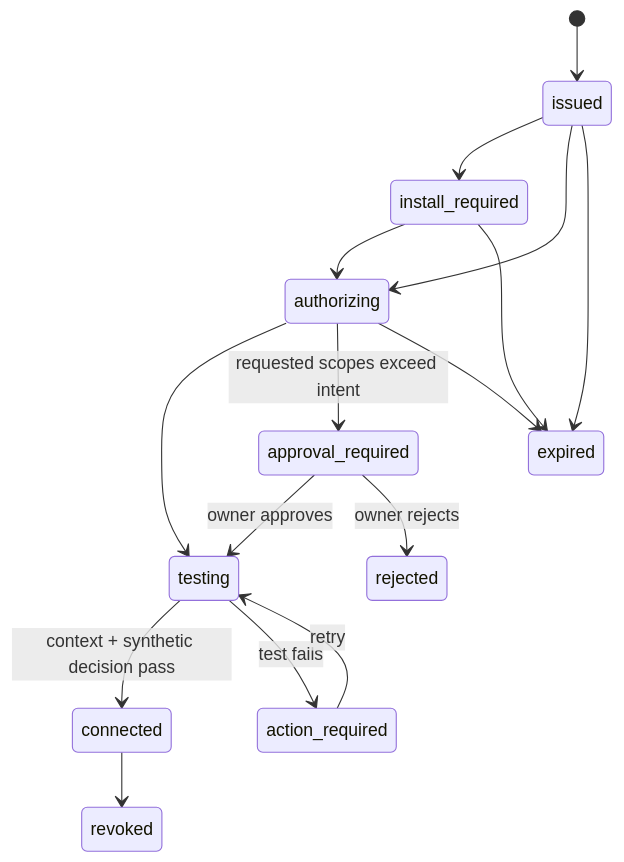
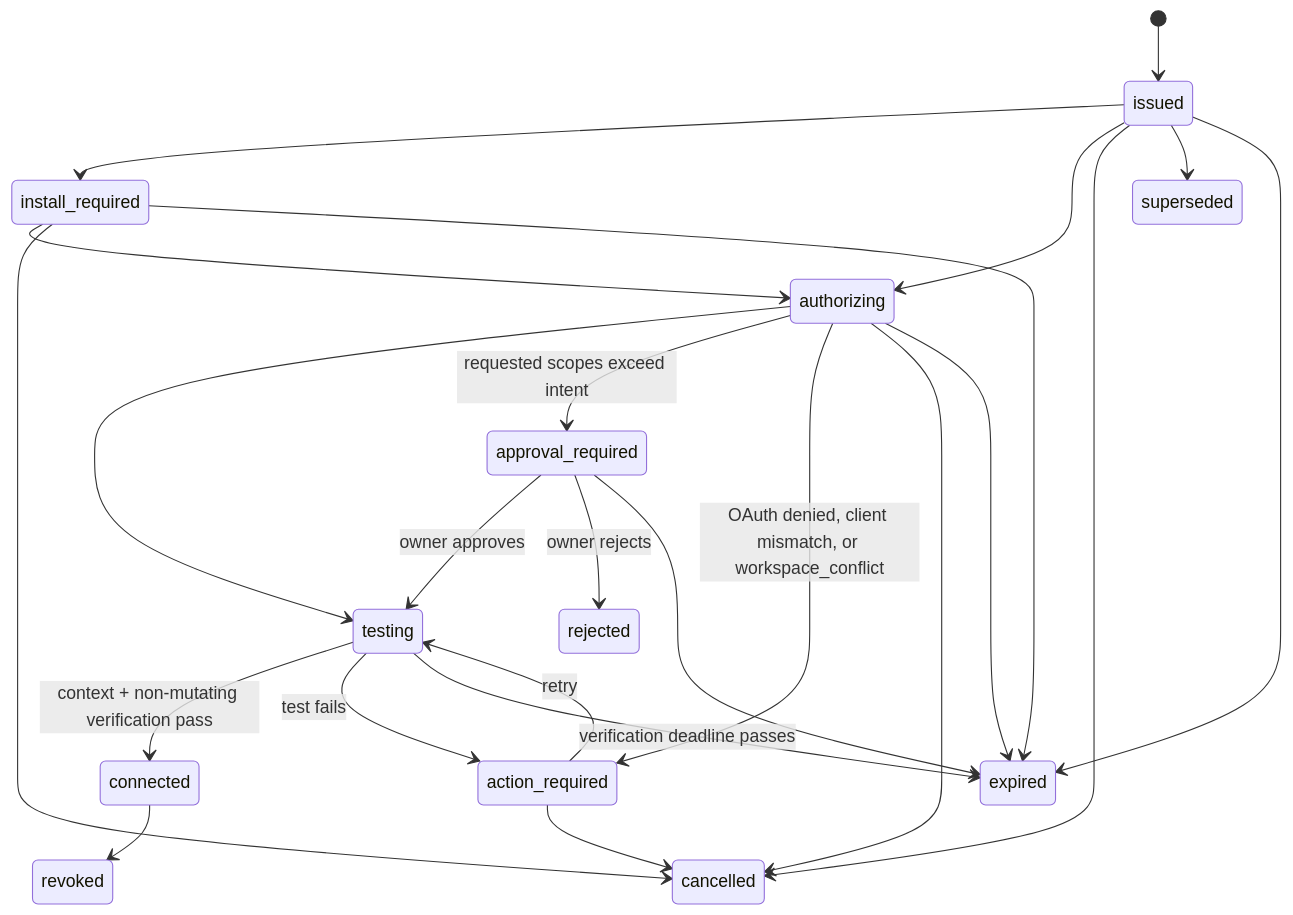
The second of 2 diagrams in docs/tokenless-one-message-agent-connection-plan-2026-07.md (Noc2/RateLoop), drawn with Mermaid before and after one commit. The commit also changed other lines of this file and 1 other file, not shown here.

````diff
--- a/docs/tokenless-one-message-agent-connection-plan-2026-07.md
+++ b/docs/tokenless-one-message-agent-connection-plan-2026-07.md
@@ -190,18 +220,26 @@
 ```mermaid
 stateDiagram-v2
     [*] --> issued
     issued --> install_required
     issued --> authorizing
     install_required --> authorizing
     authorizing --> testing
     authorizing --> approval_required: requested scopes exceed intent
+    authorizing --> action_required: OAuth denied, client mismatch, or workspace_conflict
     approval_required --> testing: owner approves
     approval_required --> rejected: owner rejects
-    testing --> connected: context + synthetic decision pass
+    approval_required --> expired
+    testing --> connected: context + non-mutating verification pass
     testing --> action_required: test fails
+    testing --> expired: verification deadline passes
     action_required --> testing: retry
+    issued --> cancelled
+    install_required --> cancelled
+    authorizing --> cancelled
+    action_required --> cancelled
+    issued --> superseded
     issued --> expired
     install_required --> expired
     authorizing --> expired
     connected --> revoked
 ```
````
